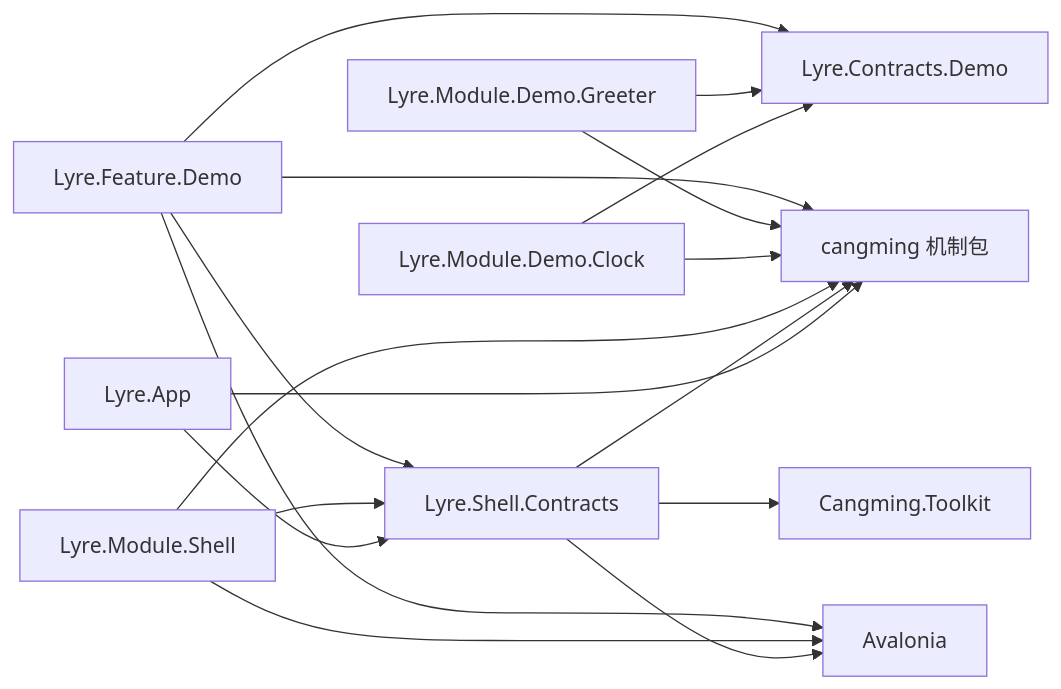
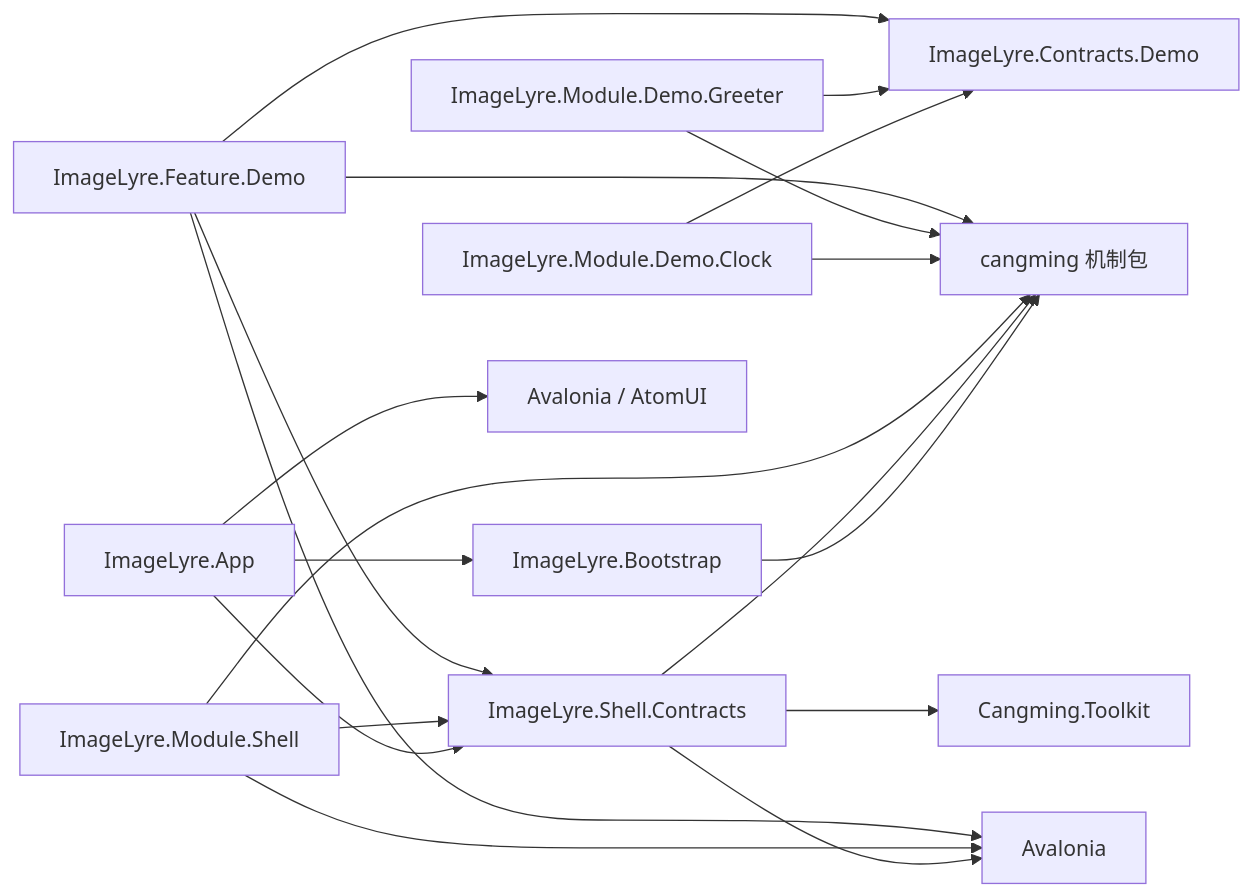
The first of 2 diagrams in docs/design/lukan/DESIGN-0001-M1-插件骨架.md (xknife-erian/ImageLyre), drawn with Mermaid before and after one commit. The commit also changed other lines of this file, not shown here.

Commit message:
docs(design): 补 Bootstrap 工程与上下文约定，工程名统一 ImageLyre 前缀

````diff
--- a/docs/design/lukan/DESIGN-0001-M1-插件骨架.md
+++ b/docs/design/lukan/DESIGN-0001-M1-插件骨架.md
@@ -55,27 +58,30 @@
 ```mermaid
 flowchart LR
-    APP["Lyre.App"]
-    SC["Lyre.Shell.Contracts"]
-    DC["Lyre.Contracts.Demo"]
-    MS["Lyre.Module.Shell"]
-    MC["Lyre.Module.Demo.Clock"]
-    MG["Lyre.Module.Demo.Greeter"]
-    FD["Lyre.Feature.Demo"]
+    BOOT["ImageLyre.Bootstrap"]
+    APP["ImageLyre.App"]
+    SC["ImageLyre.Shell.Contracts"]
+    DC["ImageLyre.Contracts.Demo"]
+    MS["ImageLyre.Module.Shell"]
+    MC["ImageLyre.Module.Demo.Clock"]
+    MG["ImageLyre.Module.Demo.Greeter"]
+    FD["ImageLyre.Feature.Demo"]
 
+    APP --> BOOT
     APP --> SC
-    APP --> CM["cangming 机制包"]
+    APP --> AV["Avalonia / AtomUI"]
+    BOOT --> CM["cangming 机制包"]
     SC --> CM
     SC --> TK["Cangming.Toolkit"]
-    SC --> AV["Avalonia"]
+    SC --> AVL["Avalonia"]
     MS --> SC
     MS --> CM
-    MS --> AV
+    MS --> AVL
     MC --> DC
     MC --> CM
     MG --> DC
     MG --> CM
     FD --> SC
     FD --> DC
     FD --> CM
-    FD --> AV
+    FD --> AVL
 ```
````
